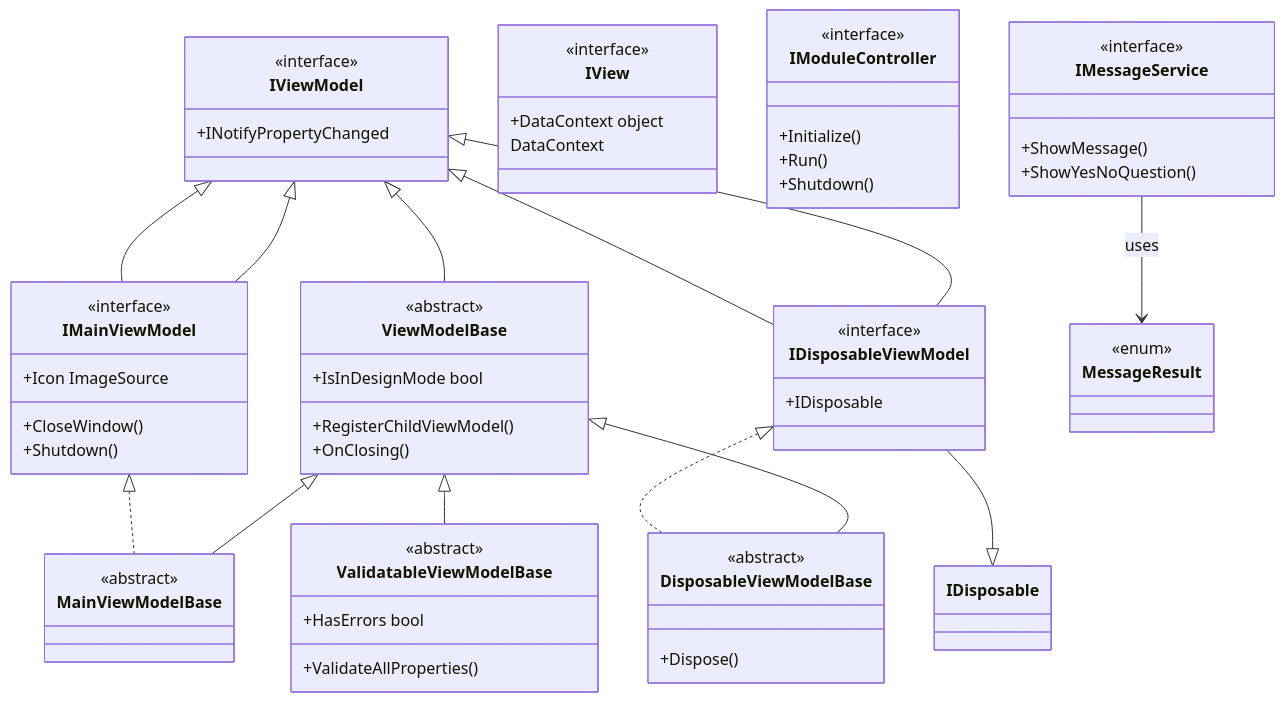
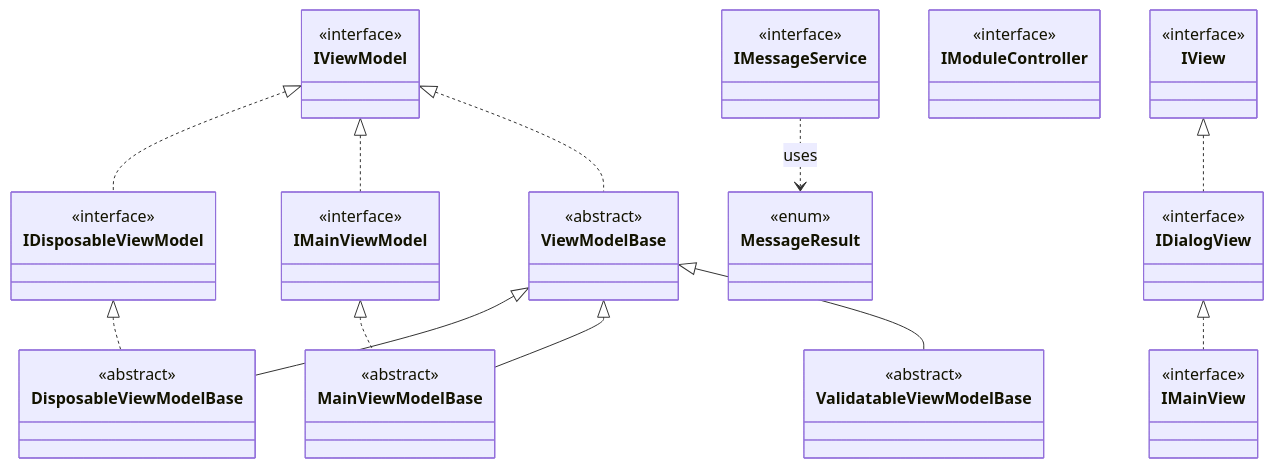
The diagram in doc/Mvvm.md (wetzlmaier-scch/mvvm), drawn with Mermaid before and after one commit. The commit also changed other lines of this file and 132 other files, not shown here.

````diff
--- a/doc/Mvvm.md
+++ b/doc/Mvvm.md
@@ -36,67 +36,54 @@
 ```mermaid
 classDiagram
     class IViewModel {
         <<interface>>
-        +INotifyPropertyChanged
+    }
+    class IDisposableViewModel {
+        <<interface>>
+    }
+    class IMainViewModel {
+        <<interface>>
+    }
+    class IView {
+        <<interface>>
+    }
+    class IDialogView {
+        <<interface>>
+    }
+    class IMainView {
+        <<interface>>
+    }
+    class IModuleController {
+        <<interface>>
+    }
+    class IMessageService {
+        <<interface>>
+    }
+    class MessageResult {
+        <<enum>>
     }
     class ViewModelBase {
         <<abstract>>
-        +IsInDesignMode bool
-        +RegisterChildViewModel()
-        +OnClosing()
     }
-    class IMainViewModel {
-        <<interface>>
-        +Icon ImageSource
-        +CloseWindow()
-        +Shutdown()
+    class DisposableViewModelBase {
+        <<abstract>>
     }
     class MainViewModelBase {
         <<abstract>>
     }
-    class IDisposableViewModel {
-        <<interface>>
-        +IDisposable
-    }
-    class DisposableViewModelBase {
-        <<abstract>>
-        +Dispose()
-    }
     class ValidatableViewModelBase {
         <<abstract>>
-        +HasErrors bool
-        +ValidateAllProperties()
-    }
-    class IView {
-        <<interface>>
-        +DataContext object
-    }
-    class IModuleController {
-        <<interface>>
-        +Initialize()
-        +Run()
-        +Shutdown()
-    }
-    class IMessageService {
-        <<interface>>
-        +ShowMessage()
-        +ShowYesNoQuestion()
-    }
-    class MessageResult {
-        <<enum>>
     }
 
-    IViewModel <|-- ViewModelBase
+    IViewModel <|.. IDisposableViewModel
+    IViewModel <|.. IMainViewModel
+    IView <|.. IDialogView
+    IDialogView <|.. IMainView
+    IViewModel <|.. ViewModelBase
+    ViewModelBase <|-- DisposableViewModelBase
     ViewModelBase <|-- MainViewModelBase
-    ViewModelBase <|-- DisposableViewModelBase
     ViewModelBase <|-- ValidatableViewModelBase
-    IViewModel <|-- IMainViewModel
-    IViewModel <|-- IDisposableViewModel
-    IDisposableViewModel --|> IViewModel
-    IDisposableViewModel --|> IDisposable
-    IMainViewModel --|> IViewModel
+    IDisposableViewModel <|.. DisposableViewModelBase
     IMainViewModel <|.. MainViewModelBase
-    IDisposableViewModel <|.. DisposableViewModelBase
-    IView : DataContext
-    IMessageService --> MessageResult : uses
+    IMessageService ..> MessageResult : uses
 ```
````
